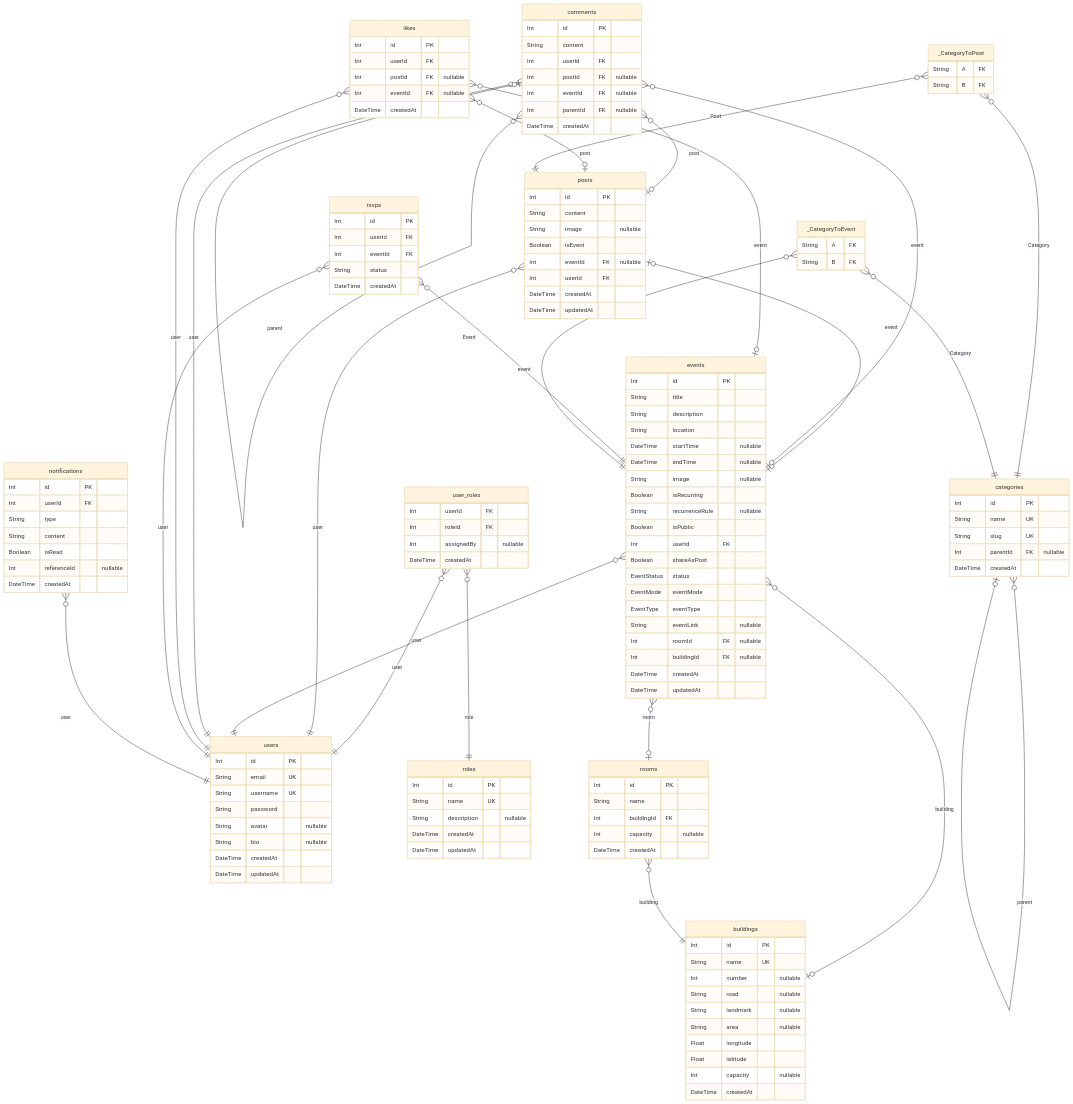
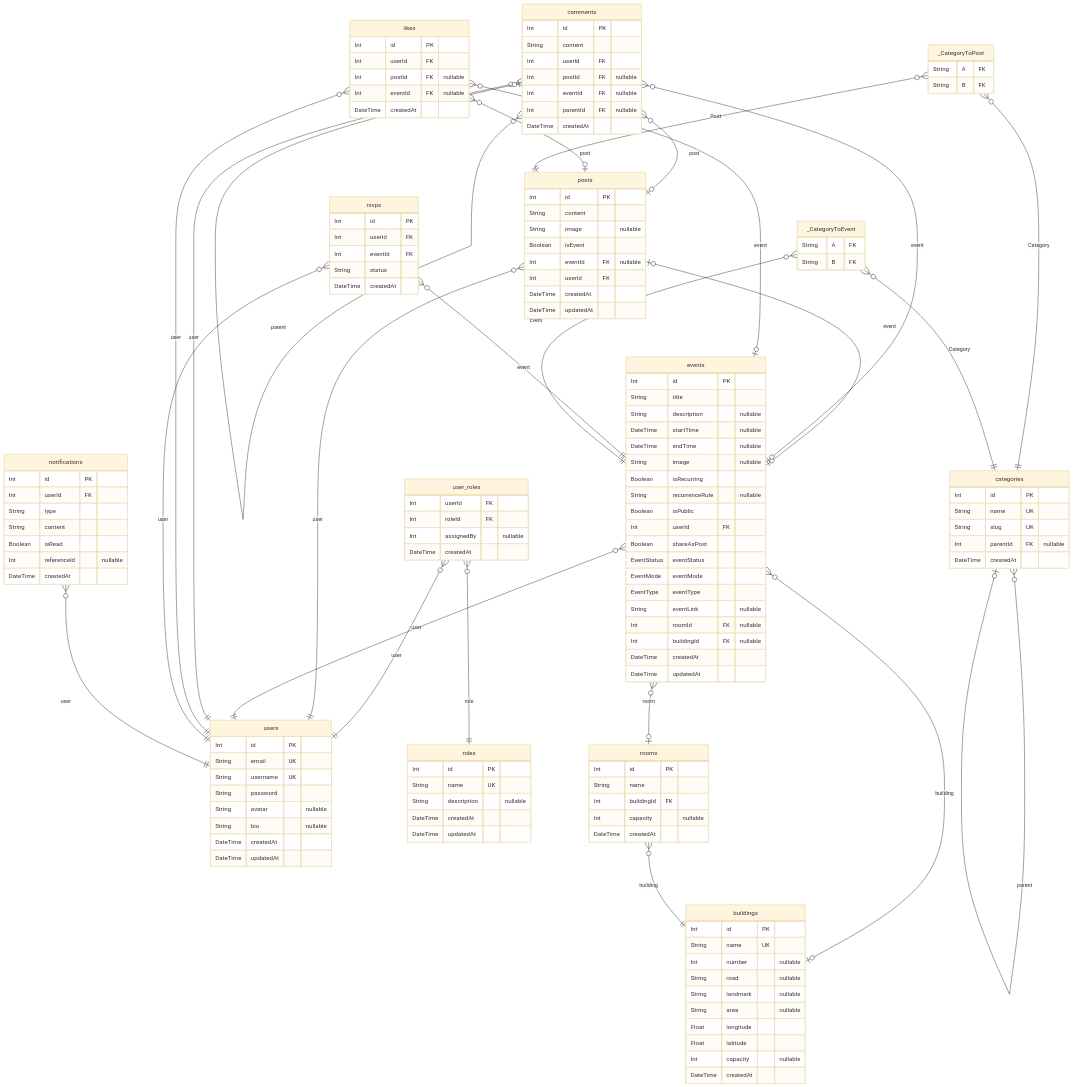
The diagram in prisma/ERD.md (Phastboy/nest-auth), drawn with Mermaid (base theme) before and after one commit. The commit also changed other lines of this file and 1161 other files, not shown here.

Commit message:
update schema

```diff
--- a/prisma/ERD.md
+++ b/prisma/ERD.md
@@ -49,8 +49,7 @@
 "events" {
   Int id PK
   String title
-  String description
-  String location
+  String description "nullable"
   DateTime startTime "nullable"
   DateTime endTime "nullable"
   String image "nullable"
@@ -59,7 +58,7 @@
   Boolean isPublic
   Int userId FK
   Boolean shareAsPost
-  EventStatus status
+  EventStatus eventStatus
   EventMode eventMode
   EventType eventType
   String eventLink "nullable"
```
